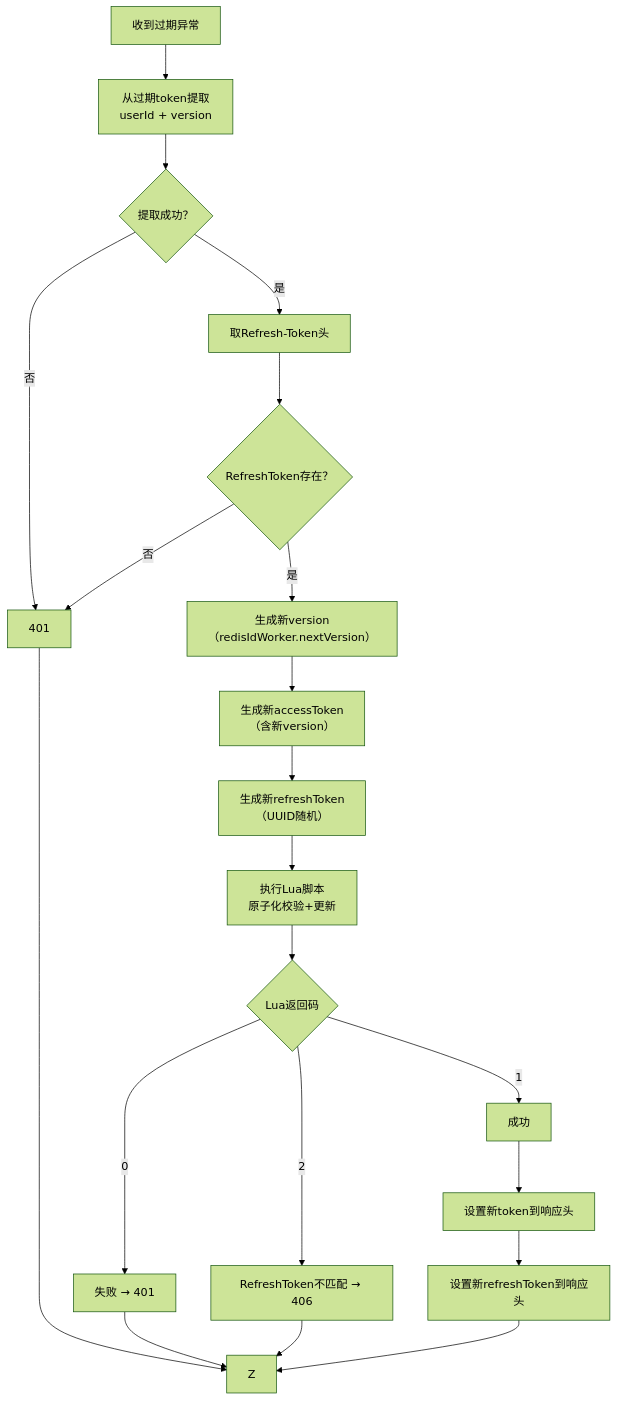
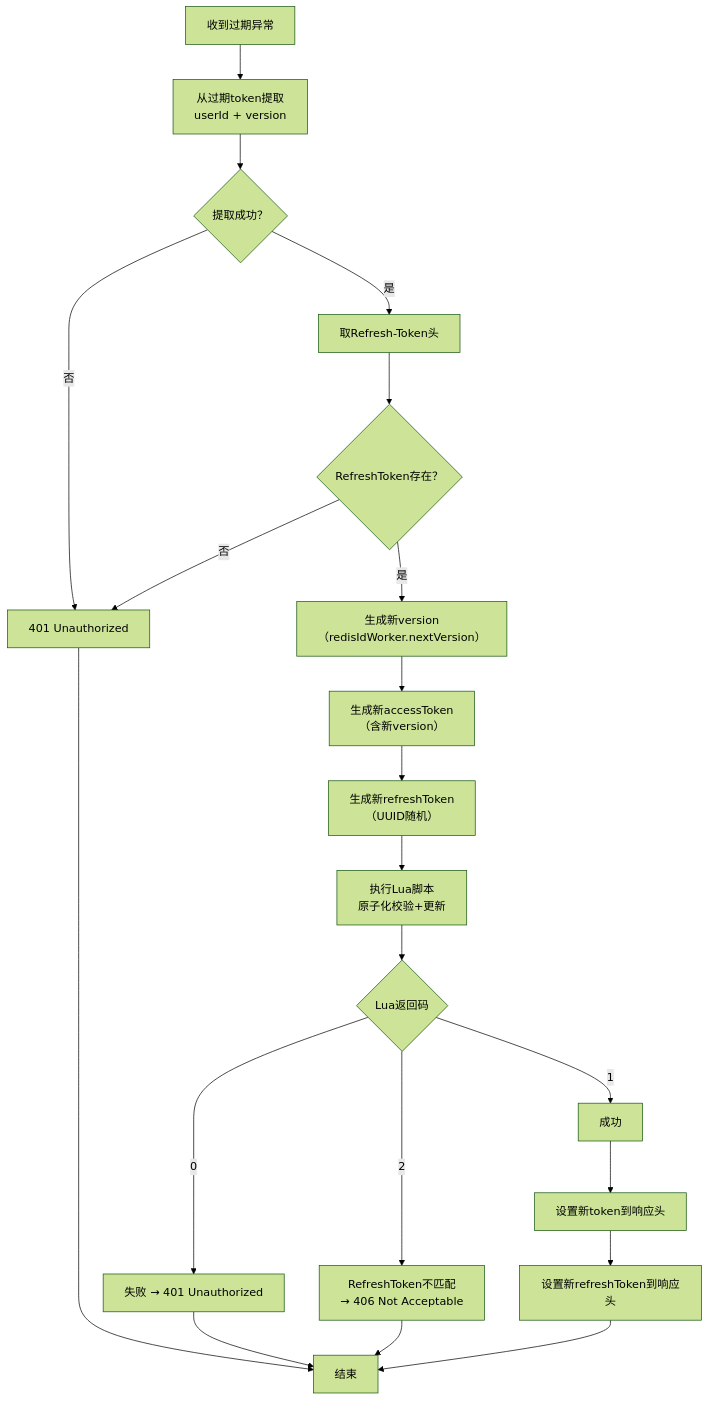
The third of 3 diagrams in README.md (vacontinuejatotired/hm-dianping), drawn with Mermaid (forest theme) before and after one commit. The commit also changed other lines of this file, not shown here.

````diff
--- a/README.md
+++ b/README.md
@@ -80,25 +81,25 @@
 ```mermaid
 flowchart TD
     A[收到过期异常] --> B[从过期token提取<br>userId + version]
     B --> C{提取成功？}
-    C -->|否| D[401] --> Z
+    C -->|否| D[401 Unauthorized] --> END[结束]
     
     C -->|是| E[取Refresh-Token头]
     E --> F{RefreshToken存在？}
     F -->|否| D
     
     F -->|是| G[生成新version<br>（redisIdWorker.nextVersion）]
     G --> H[生成新accessToken<br>（含新version）]
     H --> I[生成新refreshToken<br>（UUID随机）]
     
     I --> J[执行Lua脚本<br>原子化校验+更新]
     J --> K{Lua返回码}
     
-    K -->|0| L[失败 → 401] --> Z
-    K -->|2| M[RefreshToken不匹配 → 406] --> Z
+    K -->|0| L[失败 → 401 Unauthorized] --> END
+    K -->|2| M[RefreshToken不匹配<br>→ 406 Not Acceptable] --> END
     
     K -->|1| N[成功]
     N --> O[设置新token到响应头]
     O --> P[设置新refreshToken到响应头]
-    P --> Z
+    P --> END
 ```
````
